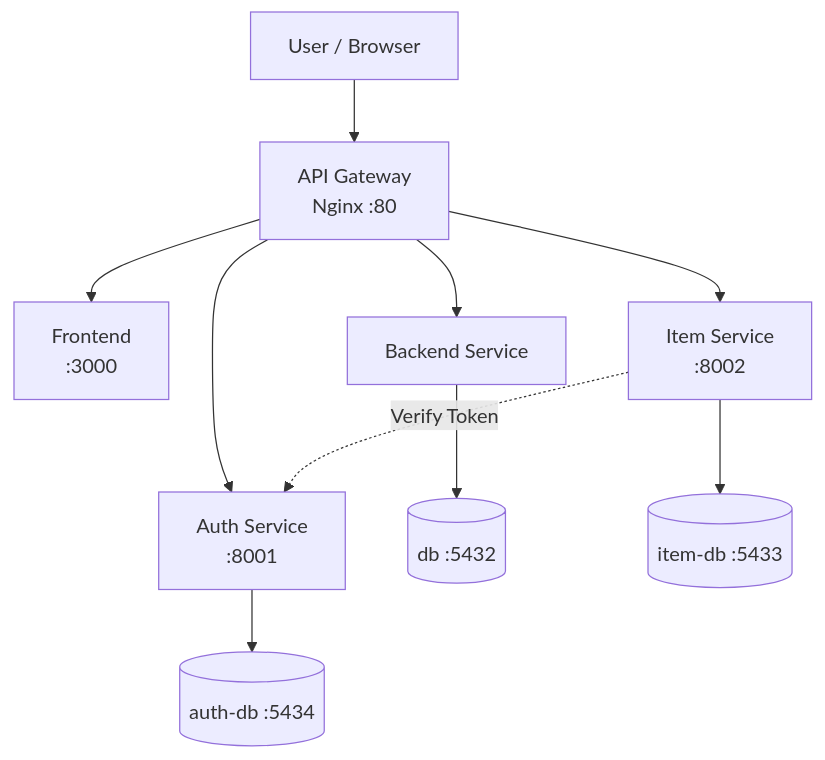
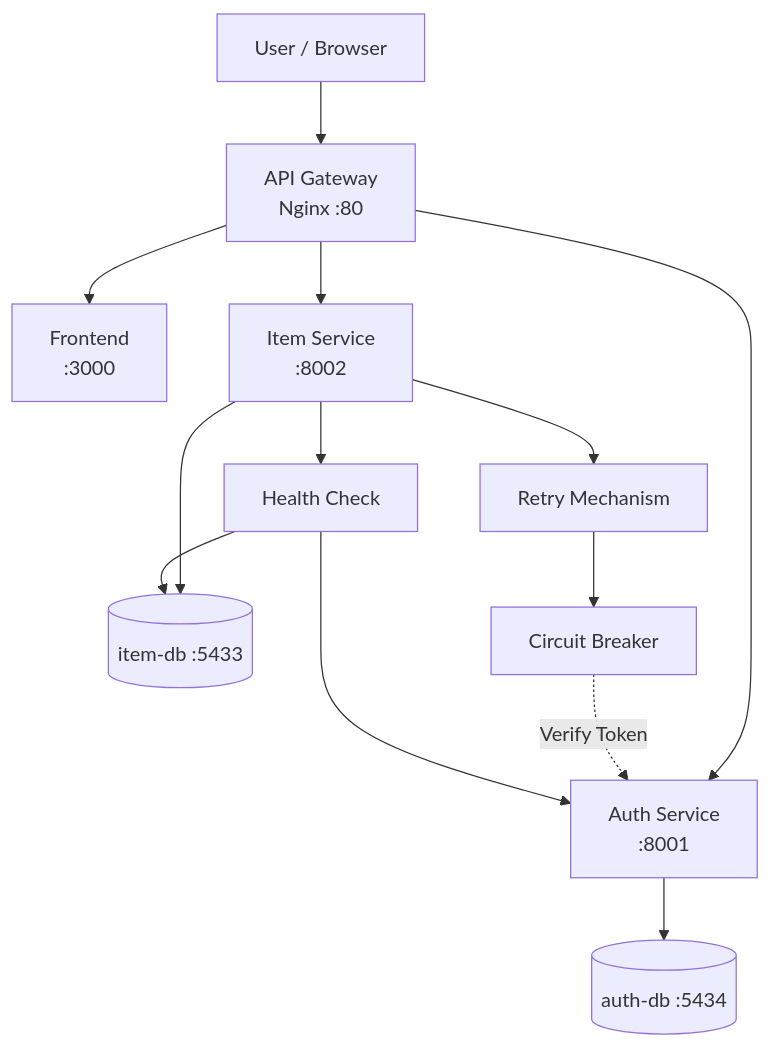
The diagram in docs/architecture.md (aidilsaputrakirsan-classroom/cc-kelompok-taskete_7), drawn with Mermaid before and after one commit. The commit also changed other lines of this file, not shown here.

Commit message:
docs: update diagram architecture

````diff
--- a/docs/architecture.md
+++ b/docs/architecture.md
@@ -9,29 +8,36 @@
 ```mermaid
 flowchart TD
 
     USER["User / Browser"]
 
     GW["API Gateway<br/>Nginx :80"]
 
     FE["Frontend<br/>:3000"]
     AS["Auth Service<br/>:8001"]
-    BS["Backend Service"]
     IS["Item Service<br/>:8002"]
 
     ADB[("auth-db :5434")]
-    DB[("db :5432")]
     IDB[("item-db :5433")]
+
+    CB["Circuit Breaker"]
+    RT["Retry Mechanism"]
+    HC["Health Check"]
 
     USER --> GW
 
     GW --> FE
     GW --> AS
-    GW --> BS
     GW --> IS
 
     AS --> ADB
-    BS --> DB
     IS --> IDB
 
-    IS -.->|"Verify Token"| AS
+    IS --> RT
+    RT --> CB
+    CB -. Verify Token .-> AS
+
+    IS --> HC
+
+    HC --> AS
+    HC --> IDB
 ```
````
